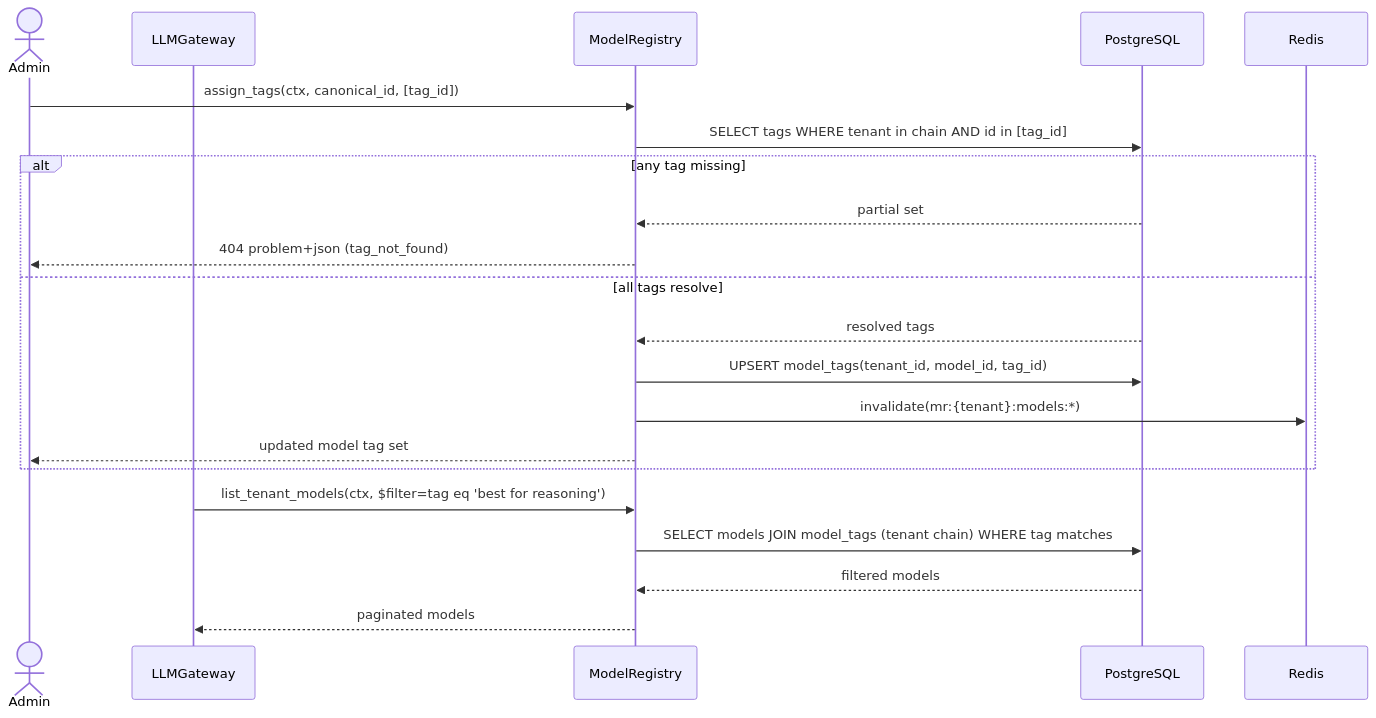
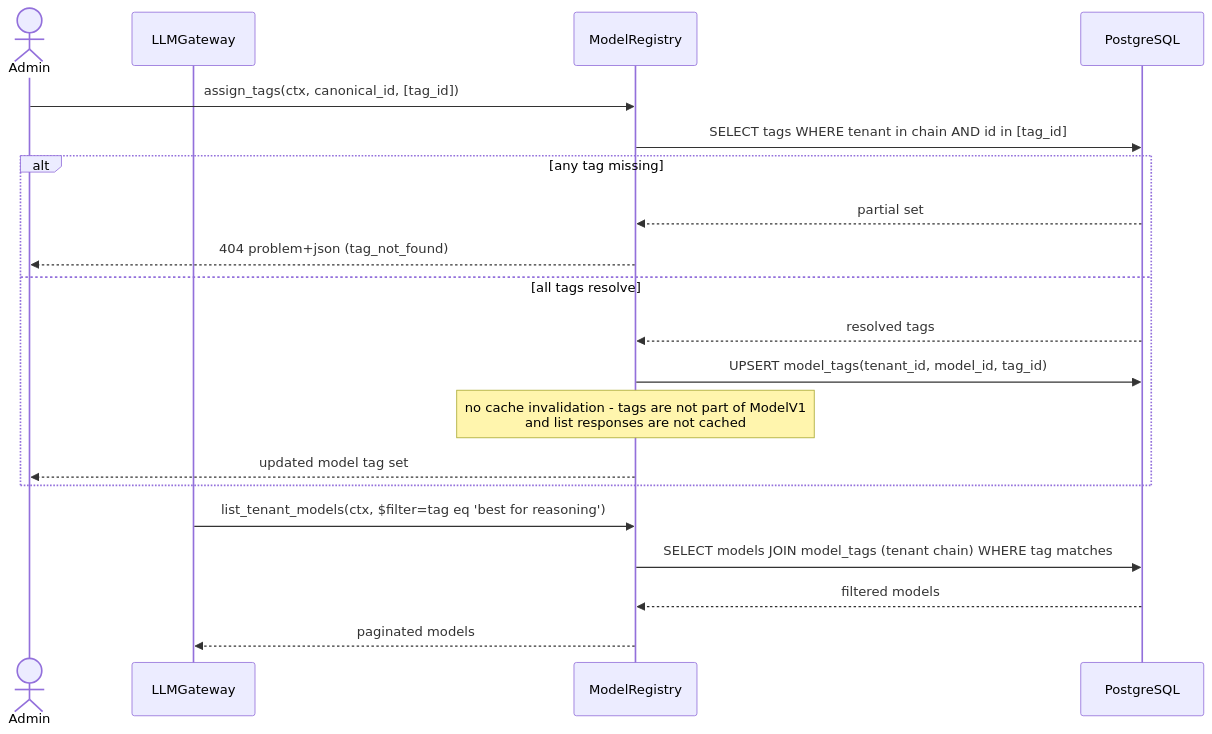
The eighth of 9 diagrams in gears/model-registry/docs/DESIGN.md (constructorfabric/gears-rust), drawn with Mermaid before and after one commit. The commit also changed other lines of this file and 2 other files, not shown here.

Commit message:
docs(model-registry): Update PRD and DESIGN docs

````diff
--- a/gears/model-registry/docs/DESIGN.md
+++ b/gears/model-registry/docs/DESIGN.md
@@ -825,25 +1282,24 @@
 ```mermaid
 sequenceDiagram
     actor Admin
     participant LLMGateway
     participant MR as ModelRegistry
     participant DB as PostgreSQL
-    participant Cache as Redis
 
     Admin->>MR: assign_tags(ctx, canonical_id, [tag_id])
     MR->>DB: SELECT tags WHERE tenant in chain AND id in [tag_id]
     alt any tag missing
         DB-->>MR: partial set
         MR-->>Admin: 404 problem+json (tag_not_found)
     else all tags resolve
         DB-->>MR: resolved tags
         MR->>DB: UPSERT model_tags(tenant_id, model_id, tag_id)
-        MR->>Cache: invalidate(mr:{tenant}:models:*)
+        note over MR: no cache invalidation - tags are not part of ModelV1<br/>and list responses are not cached
         MR-->>Admin: updated model tag set
     end
 
     LLMGateway->>MR: list_tenant_models(ctx, $filter=tag eq 'best for reasoning')
     MR->>DB: SELECT models JOIN model_tags (tenant chain) WHERE tag matches
     DB-->>MR: filtered models
     MR-->>LLMGateway: paginated models
 ```
````
